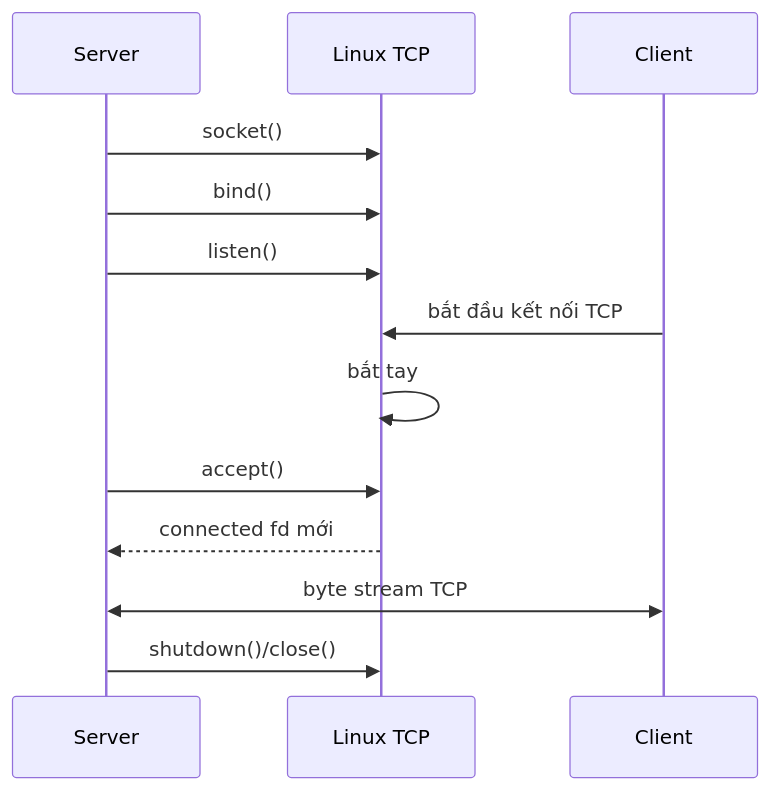
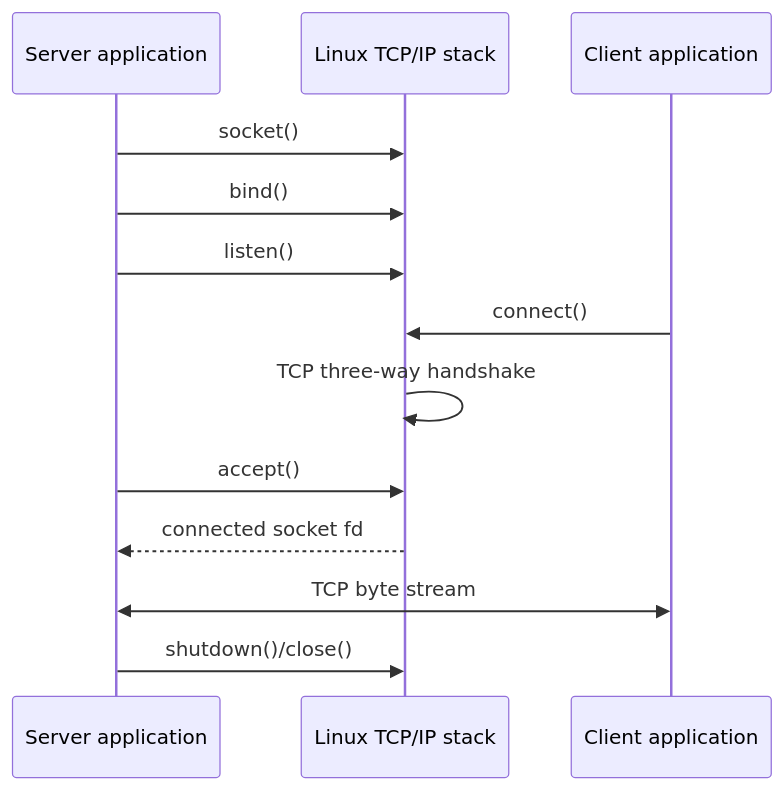
Before and after one commit to hai-kevins/embedded-linux: the first of 2 diagrams in phase-01/README-topic-09.md, drawn with Mermaid. The commit also changed other lines of this file and 8 other files, not shown here.

````diff
--- a/phase-01/README-topic-09.md
+++ b/phase-01/README-topic-09.md
@@ -959,16 +959,16 @@
 ```mermaid
 sequenceDiagram
-    participant S as Server
-    participant K as Linux TCP
-    participant C as Client
+    participant S as Server application
+    participant K as Linux TCP/IP stack
+    participant C as Client application
 
     S->>K: socket()
     S->>K: bind()
     S->>K: listen()
-    C->>K: bắt đầu kết nối TCP
-    K->>K: bắt tay
+    C->>K: connect()
+    K->>K: TCP three-way handshake
     S->>K: accept()
-    K-->>S: connected fd mới
-    S<<->>C: byte stream TCP
+    K-->>S: connected socket fd
+    S<<->>C: TCP byte stream
     S->>K: shutdown()/close()
 ```
````
